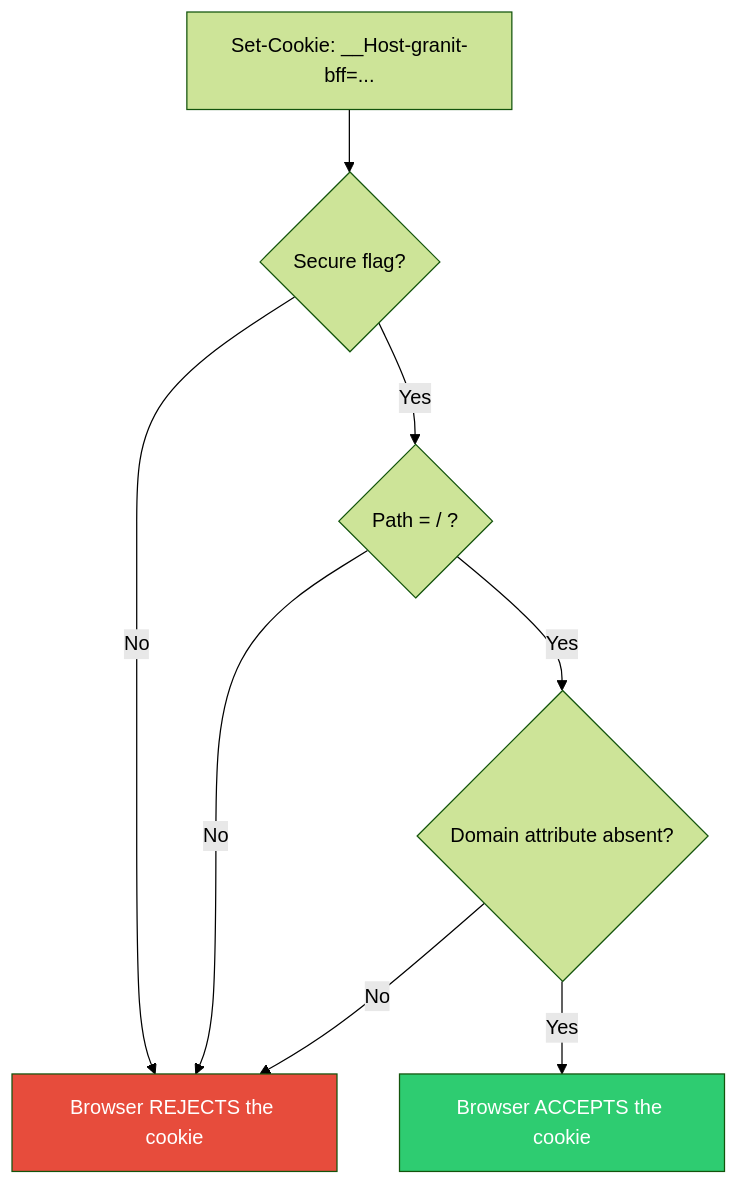
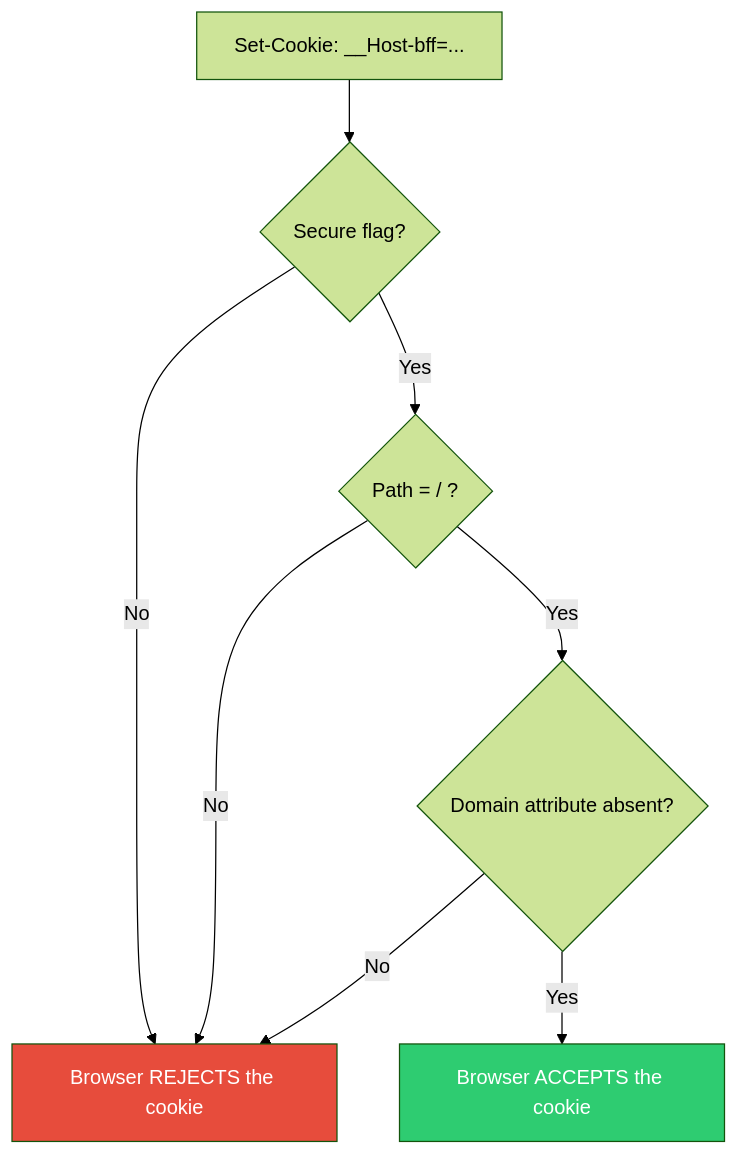
Before and after one commit to granit-fx/granit-dotnet: the first of 5 diagrams in docs-site/src/content/docs/dotnet/security/bff/token-security.mdx, drawn with Mermaid (forest theme). The commit also changed other lines of this file and 12 other files, not shown here.

Commit message:
chore: include pending local changes (BFF options, docs, cookie contrib)

````diff
--- a/docs-site/src/content/docs/dotnet/security/bff/token-security.mdx
+++ b/docs-site/src/content/docs/dotnet/security/bff/token-security.mdx
@@ -47,14 +47,14 @@
 ```mermaid
 flowchart TD
-    A["Set-Cookie: __Host-granit-bff=..."]
+    A["Set-Cookie: __Host-bff=..."]
     A --> B{Secure flag?}
     B -->|No| X["Browser REJECTS the cookie"]
     B -->|Yes| C{Path = / ?}
     C -->|No| X
     C -->|Yes| D{Domain attribute absent?}
     D -->|No| X
     D -->|Yes| E["Browser ACCEPTS the cookie"]
 
     style X fill:#e74c3c,color:#fff
     style E fill:#2ecc71,color:#fff
 ```
````
